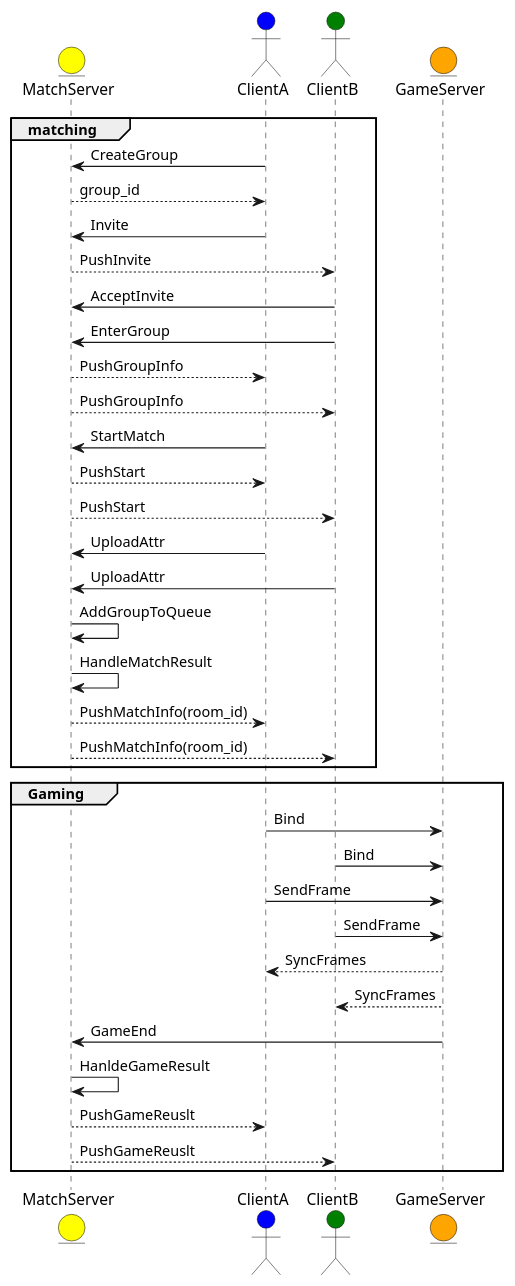
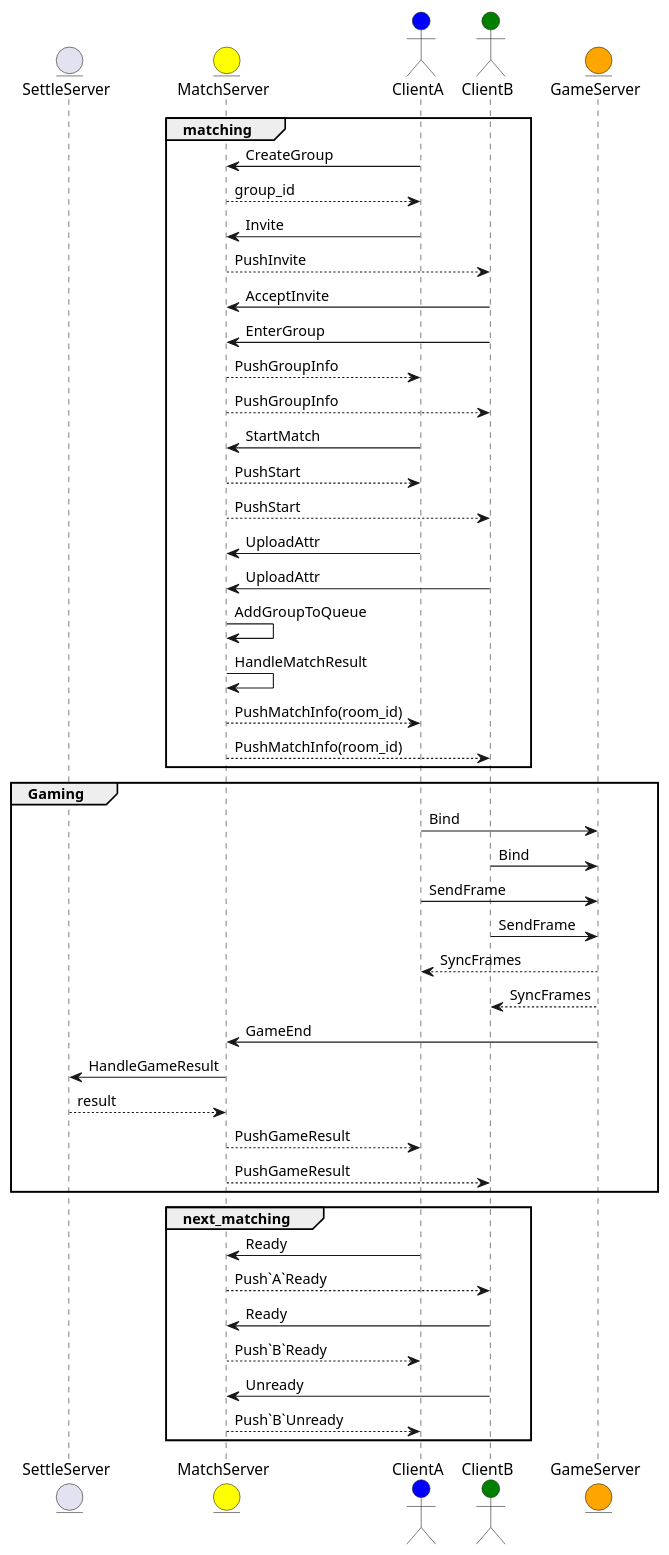
Before and after one commit to hedon954/go-matcher: the diagram in assets/design/smoke_flow.puml, drawn with PlantUML. The commit also changed 2 other files, not shown here.

Commit message:
feat(ci): add gen plant uml github workflow

```diff
--- a/assets/design/smoke_flow.puml
+++ b/assets/design/smoke_flow.puml
@@ -1,46 +1,57 @@
 @startuml
 'https://plantuml.com/sequence-diagram
+entity SettleServer as SettleServer
 entity MatchServer as Match #yellow
 actor ClientA  as ClientA #blue
 actor ClientB as ClientB #green
 entity GameServer as GameServer #orange
 
 group matching
     ClientA -> Match: CreateGroup
     Match --> ClientA: group_id
 
     ClientA -> Match: Invite
     Match --> ClientB: PushInvite
 
     ClientB -> Match: AcceptInvite
     ClientB -> Match: EnterGroup
     Match --> ClientA: PushGroupInfo
     Match --> ClientB: PushGroupInfo
 
     ClientA -> Match: StartMatch
     Match --> ClientA: PushStart
     Match --> ClientB: PushStart
 
     ClientA -> Match: UploadAttr
     ClientB -> Match: UploadAttr
 
     Match -> Match: AddGroupToQueue
     Match -> Match: HandleMatchResult
     Match --> ClientA: PushMatchInfo(room_id)
     Match --> ClientB: PushMatchInfo(room_id)
 end
 
 group Gaming
     ClientA -> GameServer: Bind
     ClientB -> GameServer: Bind
     ClientA -> GameServer: SendFrame
     ClientB -> GameServer: SendFrame
     GameServer --> ClientA: SyncFrames
     GameServer --> ClientB: SyncFrames
 
     GameServer -> Match: GameEnd
-    Match -> Match: HanldeGameResult
-    Match --> ClientA: PushGameReuslt
-    Match --> ClientB: PushGameReuslt
+    Match -> SettleServer: HandleGameResult
+    SettleServer --> Match: result
+    Match --> ClientA: PushGameResult
+    Match --> ClientB: PushGameResult
+end
+
+group next_matching
+    ClientA -> Match: Ready
+    Match --> ClientB: Push`A`Ready
+    ClientB -> Match: Ready
+    Match --> ClientA: Push`B`Ready
+    ClientB -> Match: Unready
+    Match --> ClientA: Push`B`Unready
 end
 @enduml
```
